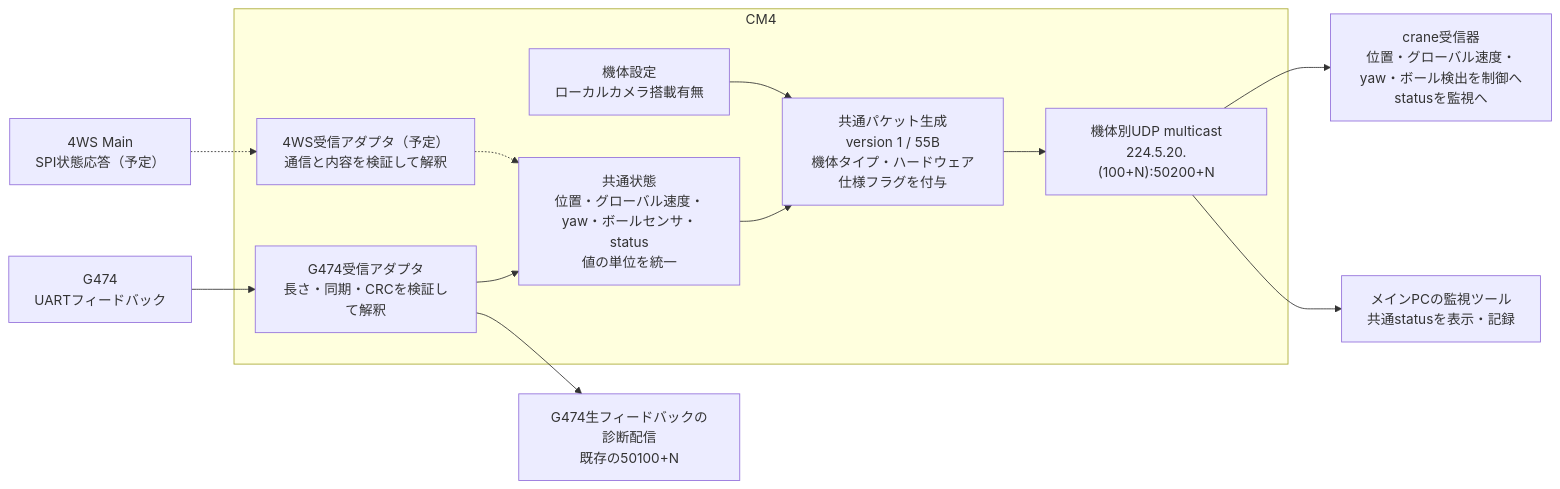
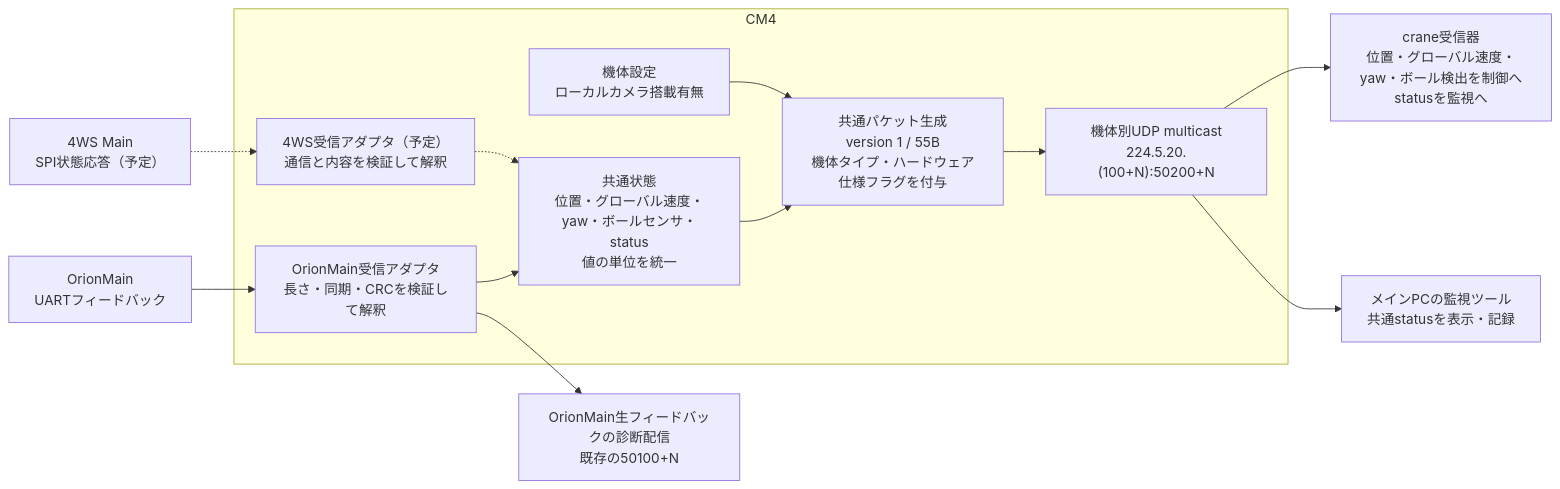
Before and after one commit to ibis-ssl/Orion_CM4: the diagram in doc/cm4_status_packet_proposal.md, drawn with Mermaid. The commit also changed other lines of this file and 7 other files, not shown here.

````diff
--- a/doc/cm4_status_packet_proposal.md
+++ b/doc/cm4_status_packet_proposal.md
@@ -11,25 +11,25 @@
 ```mermaid
 flowchart LR
-    g474["G474<br/>UARTフィードバック"]
+    orion_main["OrionMain<br/>UARTフィードバック"]
     ws["4WS Main<br/>SPI状態応答（予定）"]
 
     subgraph cm4["CM4"]
         hw["機体設定<br/>ローカルカメラ搭載有無"]
-        g_adapter["G474受信アダプタ<br/>長さ・同期・CRCを検証して解釈"]
+        orion_adapter["OrionMain受信アダプタ<br/>長さ・同期・CRCを検証して解釈"]
         ws_adapter["4WS受信アダプタ（予定）<br/>通信と内容を検証して解釈"]
         common["共通状態<br/>位置・グローバル速度・yaw・ボールセンサ・status<br/>値の単位を統一"]
         serialize["共通パケット生成<br/>version 1 / 55B<br/>機体タイプ・ハードウェア仕様フラグを付与"]
         multicast["機体別UDP multicast<br/>224.5.20.(100+N):50200+N"]
-        g_adapter --> common
+        orion_adapter --> common
         ws_adapter -.-> common
         common --> serialize
         hw --> serialize
         serialize --> multicast
     end
 
-    g474 --> g_adapter
+    orion_main --> orion_adapter
     ws -.-> ws_adapter
     multicast --> crane["crane受信器<br/>位置・グローバル速度・yaw・ボール検出を制御へ<br/>statusを監視へ"]
     multicast --> pc["メインPCの監視ツール<br/>共通statusを表示・記録"]
-    g_adapter --> raw["G474生フィードバックの診断配信<br/>既存の50100+N"]
+    orion_adapter --> raw["OrionMain生フィードバックの診断配信<br/>既存の50100+N"]
 ```
````
